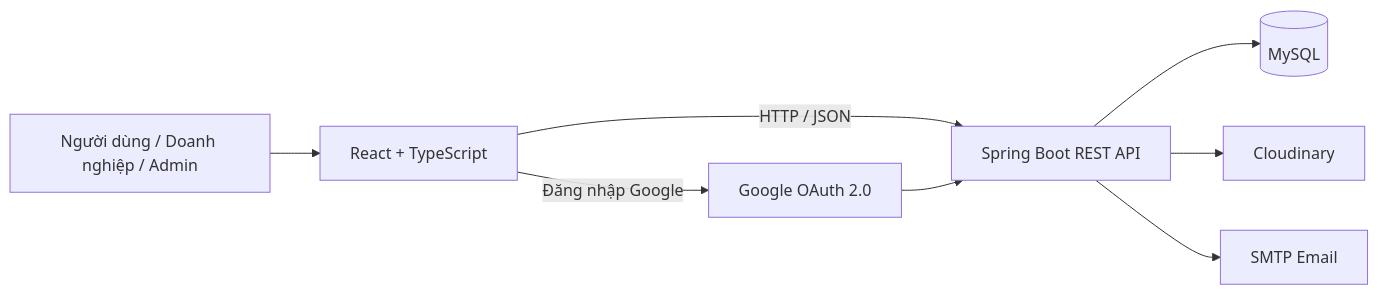
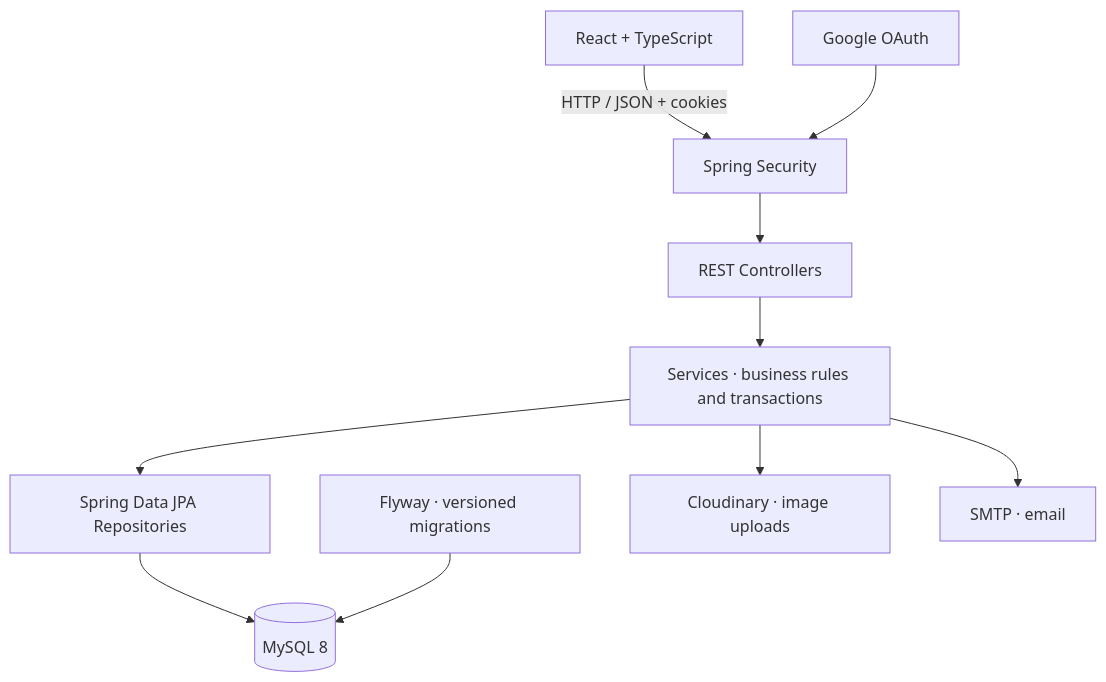
One commit to Hositan26/parttime-hiring-platform changed the second of 2 diagrams in README.md. Above: the diagram before and after it, drawn with Mermaid. The commit also changed other lines of this file and 2 other files, not shown here.

````diff
--- a/README.md
+++ b/README.md
@@ -100,10 +59,12 @@
 ```mermaid
-flowchart LR
-    Visitor[Người dùng / Doanh nghiệp / Admin] --> Frontend[React + TypeScript]
-    Frontend -->|HTTP / JSON| Backend[Spring Boot REST API]
-    Backend --> Database[(MySQL)]
-    Backend --> Media[Cloudinary]
-    Backend --> Mail[SMTP Email]
-    Frontend -->|Đăng nhập Google| Google[Google OAuth 2.0]
-    Google --> Backend
+flowchart TB
+    Browser[React + TypeScript] -->|HTTP / JSON + cookies| Security[Spring Security]
+    Security --> Controllers[REST Controllers]
+    Controllers --> Services[Services · business rules and transactions]
+    Services --> Repositories[Spring Data JPA Repositories]
+    Repositories --> DB[(MySQL 8)]
+    Flyway[Flyway · versioned migrations] --> DB
+    Services --> Cloudinary[Cloudinary · image uploads]
+    Services --> SMTP[SMTP · email]
+    Google[Google OAuth] --> Security
 ```
````
